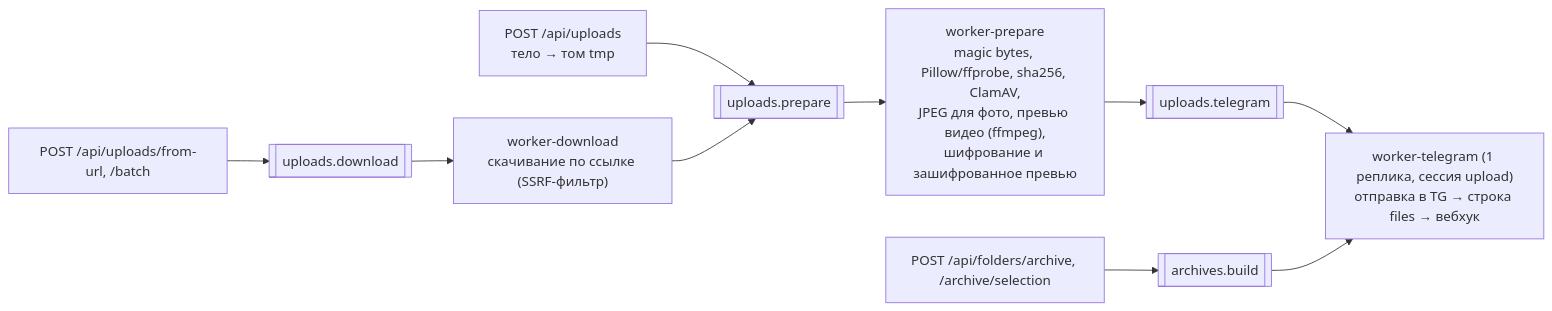
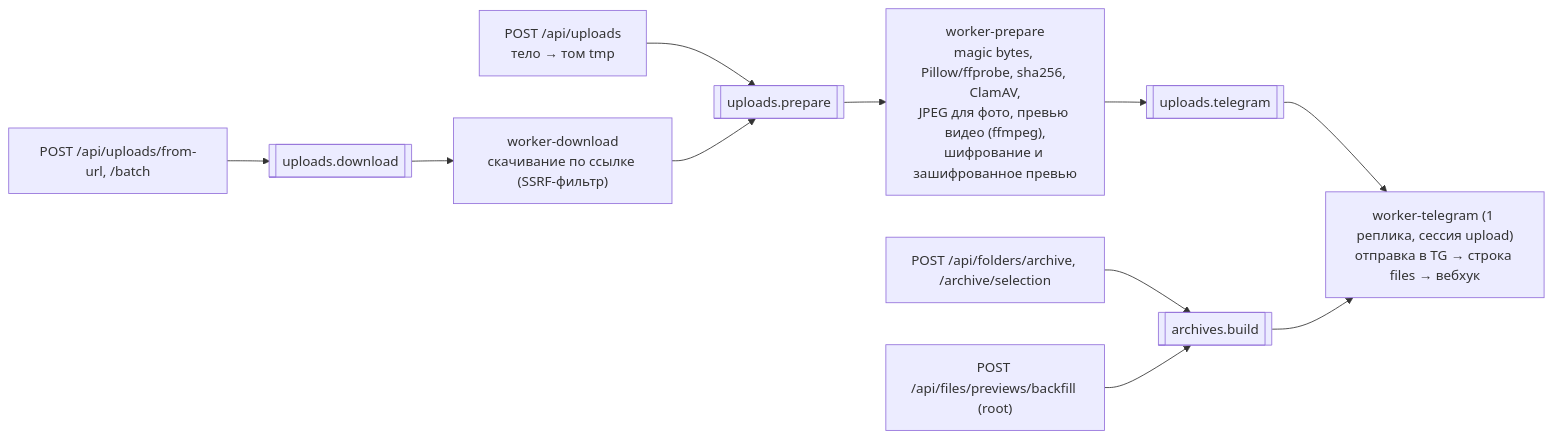
One commit to NikitkaZXC/tcloud-backend changed the first of 5 diagrams in docs/background-tasks.md. Above: the diagram before and after it, drawn with Mermaid. The commit also changed other lines of this file and 17 other files, not shown here.

Commit message:
feat: root-only background backfill of encrypted previews (POST /api/files/previews/backfill)

````diff
--- a/docs/background-tasks.md
+++ b/docs/background-tasks.md
@@ -5,12 +5,13 @@
 ```mermaid
 flowchart LR
     dev["POST /api/uploads<br/>тело → том tmp"] --> qp
     url["POST /api/uploads/from-url, /batch"] --> qd
     arc["POST /api/folders/archive, /archive/selection"] --> qa
+    bf["POST /api/files/previews/backfill (root)"] --> qa
     qd[["uploads.download"]] --> wd["worker-download<br/>скачивание по ссылке (SSRF-фильтр)"]
     wd --> qp[["uploads.prepare"]]
     qp --> wp["worker-prepare<br/>magic bytes, Pillow/ffprobe, sha256, ClamAV,<br/>JPEG для фото, превью видео (ffmpeg),<br/>шифрование и зашифрованное превью"]
     wp --> qt[["uploads.telegram"]]
     qt --> wt["worker-telegram (1 реплика, сессия upload)<br/>отправка в TG → строка files → вебхук"]
     qa[["archives.build"]] --> wt
 ```
````
